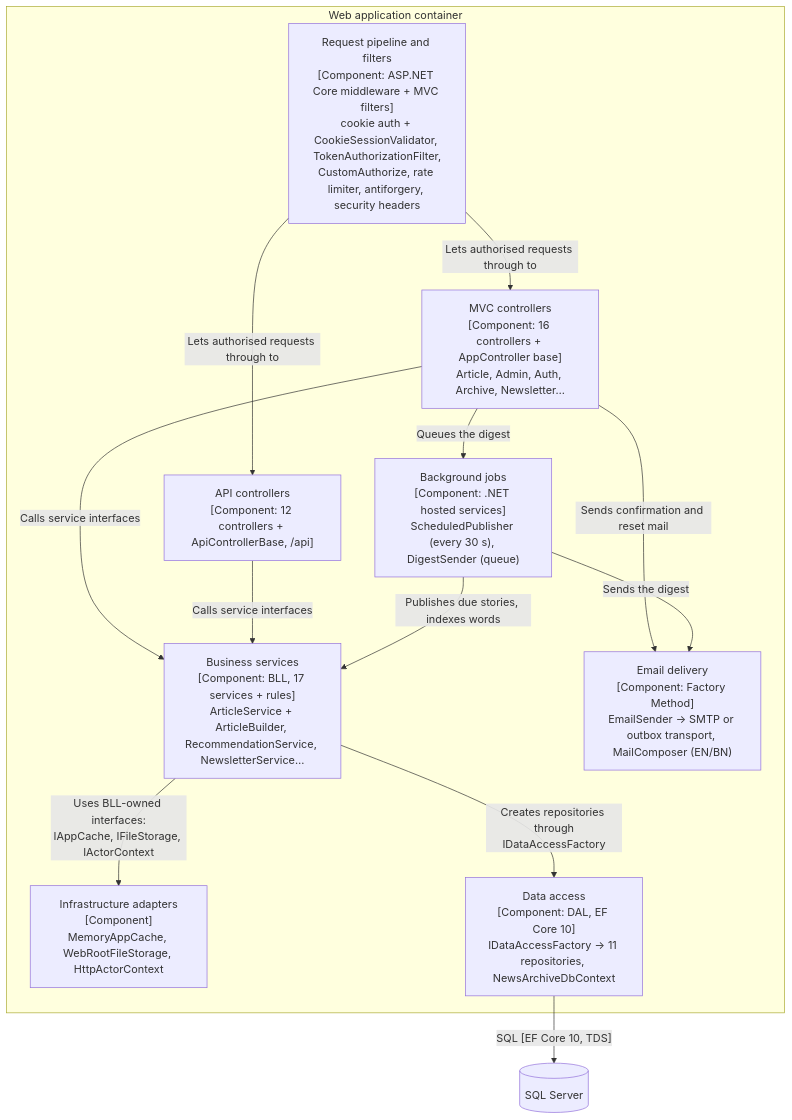
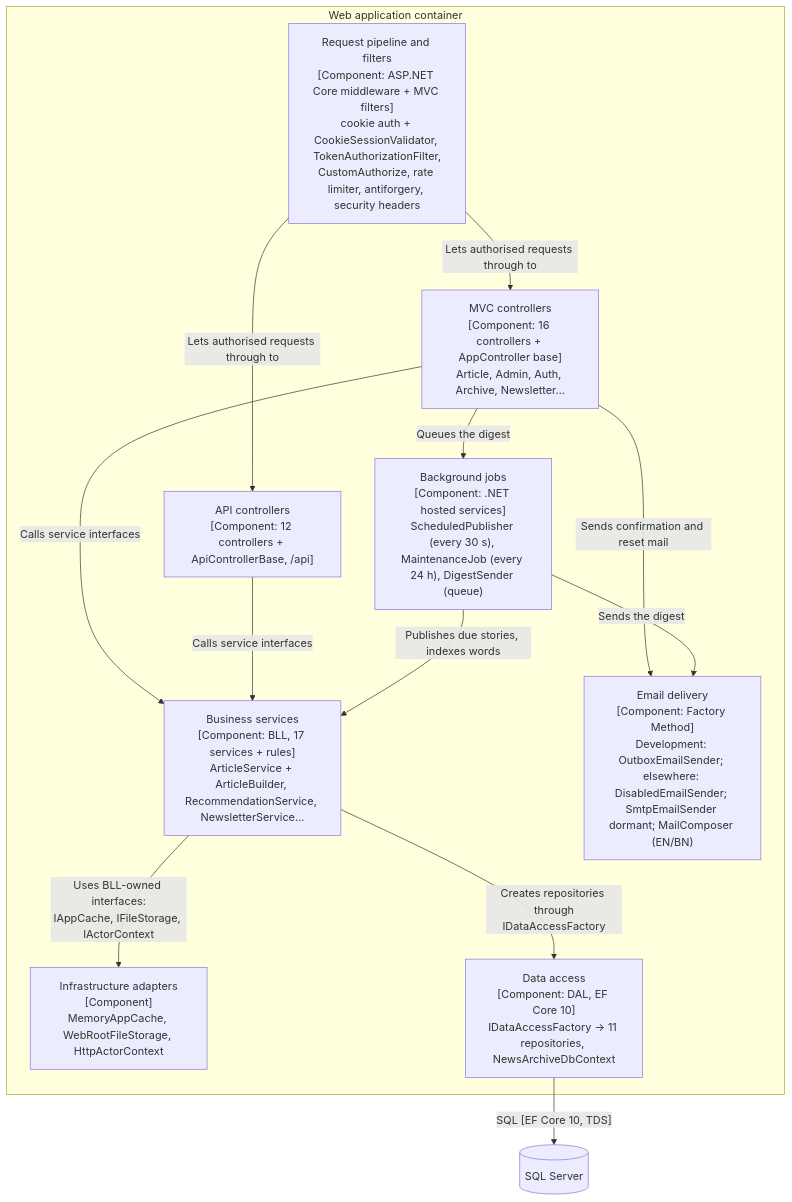
The third of 3 diagrams in sadp_delivery/09_C4_AND_4PLUS1/C4_DIAGRAMS.md (sadatnuman/News-Archive-.Net-Core-MVC-3-tier-Architecture-), drawn with Mermaid before and after one commit. The commit also changed other lines of this file and 71 other files, not shown here.

First line of the commit message:
Harden media deletion, sign-in lockout, section and user flows, API version contract and offline-only email; add regression tests, guarded smoke checks and final SADP documents

````diff
--- a/sadp_delivery/09_C4_AND_4PLUS1/C4_DIAGRAMS.md
+++ b/sadp_delivery/09_C4_AND_4PLUS1/C4_DIAGRAMS.md
@@ -101,25 +97,25 @@
 ```mermaid
 flowchart TB
     subgraph web[Web application container]
         filters["Request pipeline and filters<br/>[Component: ASP.NET Core middleware + MVC filters]<br/>cookie auth + CookieSessionValidator, TokenAuthorizationFilter,<br/>CustomAuthorize, rate limiter, antiforgery, security headers"]
         mvc["MVC controllers<br/>[Component: 16 controllers + AppController base]<br/>Article, Admin, Auth, Archive, Newsletter…"]
         api["API controllers<br/>[Component: 12 controllers + ApiControllerBase, /api]"]
         svc["Business services<br/>[Component: BLL, 17 services + rules]<br/>ArticleService + ArticleBuilder, RecommendationService, NewsletterService…"]
-        jobs["Background jobs<br/>[Component: .NET hosted services]<br/>ScheduledPublisher (every 30 s), DigestSender (queue)"]
-        mail["Email delivery<br/>[Component: Factory Method]<br/>EmailSender → SMTP or outbox transport, MailComposer (EN/BN)"]
+        jobs["Background jobs<br/>[Component: .NET hosted services]<br/>ScheduledPublisher (every 30 s), MaintenanceJob (every 24 h), DigestSender (queue)"]
+        mail["Email delivery<br/>[Component: Factory Method]<br/>Development: OutboxEmailSender; elsewhere: DisabledEmailSender; SmtpEmailSender dormant; MailComposer (EN/BN)"]
         infra["Infrastructure adapters<br/>[Component]<br/>MemoryAppCache, WebRootFileStorage, HttpActorContext"]
         dal["Data access<br/>[Component: DAL, EF Core 10]<br/>IDataAccessFactory → 11 repositories, NewsArchiveDbContext"]
     end
     db[(SQL Server)]
     filters -- "Lets authorised requests through to" --> mvc
     filters -- "Lets authorised requests through to" --> api
     mvc -- "Calls service interfaces" --> svc
     api -- "Calls service interfaces" --> svc
     mvc -- "Queues the digest" --> jobs
     mvc -- "Sends confirmation and reset mail" --> mail
     jobs -- "Publishes due stories, indexes words" --> svc
     jobs -- "Sends the digest" --> mail
     svc -- "Uses BLL-owned interfaces:<br/>IAppCache, IFileStorage, IActorContext" --> infra
     svc -- "Creates repositories through<br/>IDataAccessFactory" --> dal
     dal -- "SQL [EF Core 10, TDS]" --> db
 ```
````
